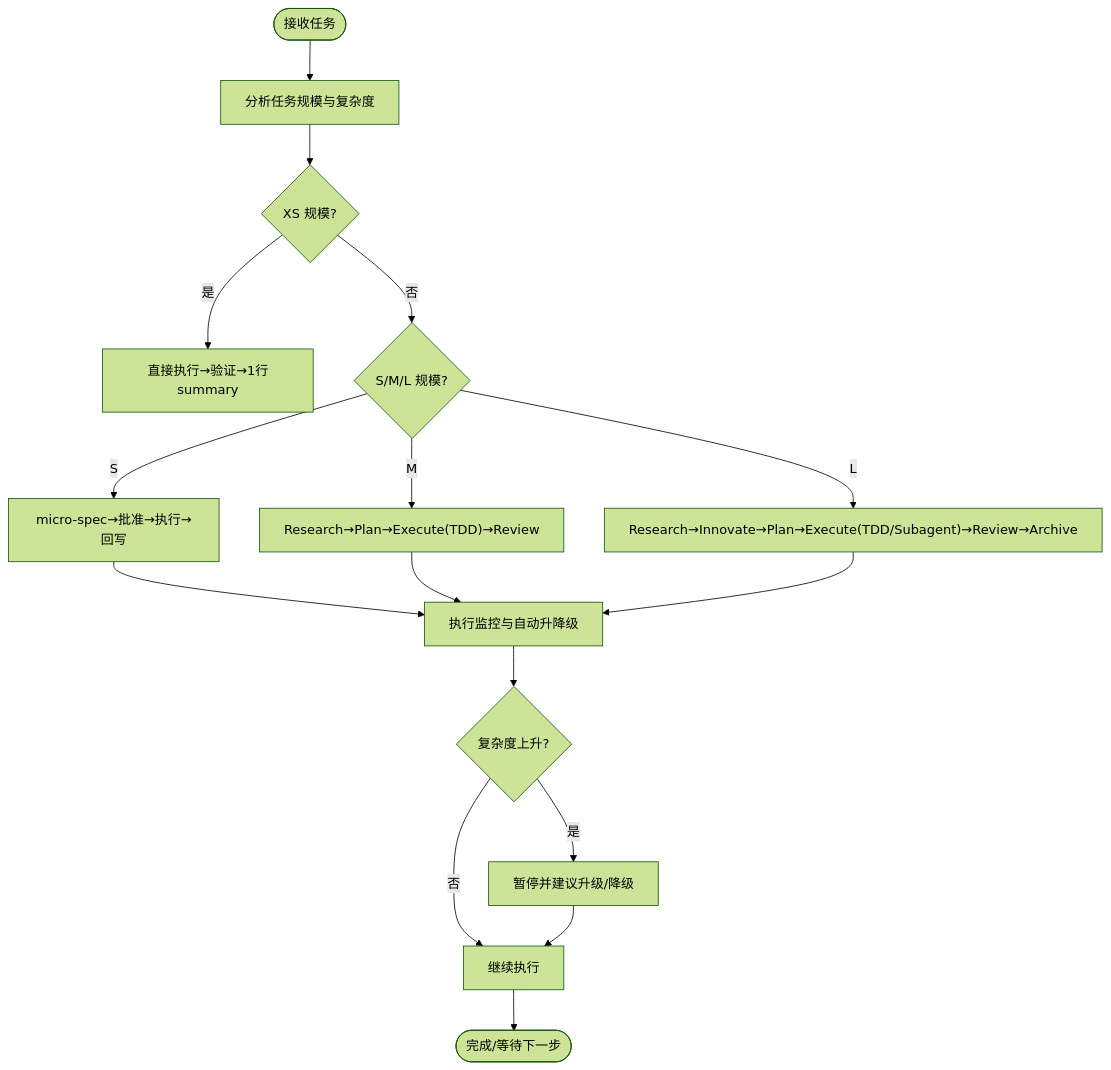
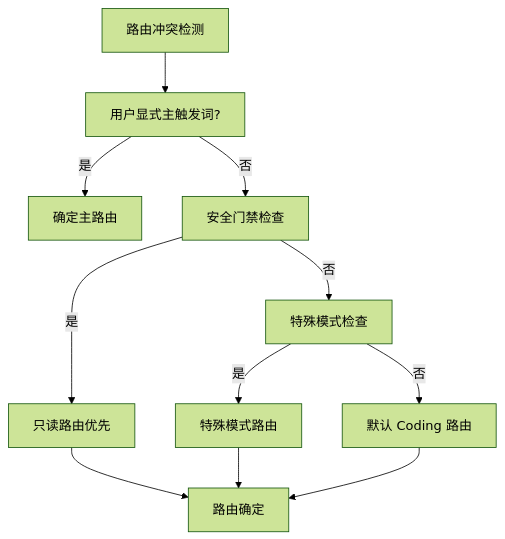
Before and after one commit to AngelWings1997/altas: the fourth of 8 diagrams in .qoder/repowiki/zh/content/核心协议/核心协议.md, drawn with Mermaid (forest theme). The commit also changed other lines of this file and 7 other files, not shown here.

````diff
--- a/.qoder/repowiki/zh/content/核心协议/核心协议.md
+++ b/.qoder/repowiki/zh/content/核心协议/核心协议.md
@@ -178,18 +161,13 @@
 ```mermaid
 flowchart TD
-Start(["接收任务"]) --> Analyze["分析任务规模与复杂度"]
-Analyze --> XS{"XS 规模?"}
-XS --> |是| XSExec["直接执行→验证→1行summary"]
-XS --> |否| SML{"S/M/L 规模?"}
-SML --> |S| SPath["micro-spec→批准→执行→回写"]
-SML --> |M| MPath["Research→Plan→Execute(TDD)→Review"]
-SML --> |L| LPath["Research→Innovate→Plan→Execute(TDD/Subagent)→Review→Archive"]
-SPath --> Monitor["执行监控与自动升降级"]
-MPath --> Monitor
-LPath --> Monitor
-Monitor --> Upgrade{"复杂度上升?"}
-Upgrade --> |是| Pause["暂停并建议升级/降级"]
-Upgrade --> |否| Continue["继续执行"]
-Pause --> Continue
-Continue --> End(["完成/等待下一步"])
+冲突["路由冲突检测"] --> 显式["用户显式主触发词?"]
+显式 --> |是| 主路由["确定主路由"]
+显式 --> |否| 安全["安全门禁检查"]
+安全 --> |是| 只读路由["只读路由优先"]
+安全 --> |否| 特殊["特殊模式检查"]
+特殊 --> |是| 特殊路由["特殊模式路由"]
+特殊 --> |否| 默认["默认 Coding 路由"]
+只读路由 --> 结果["路由确定"]
+特殊路由 --> 结果
+默认 --> 结果
 ```
````
